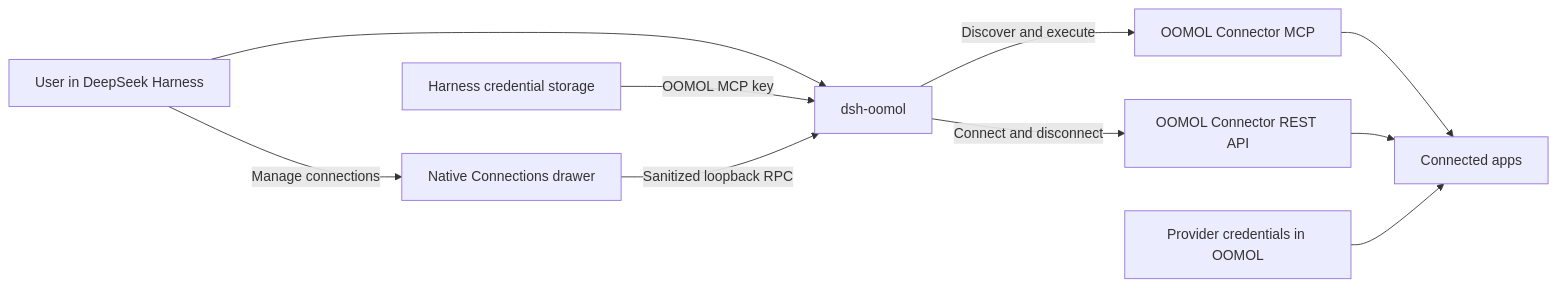
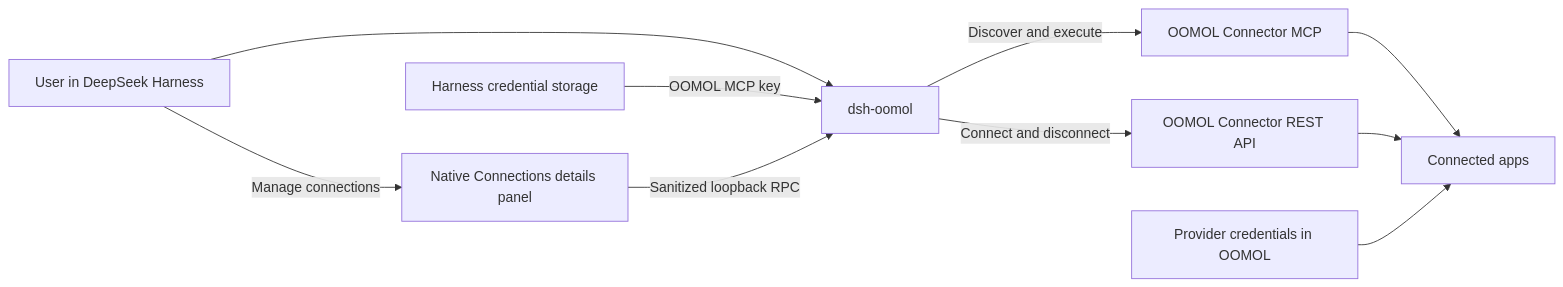
The diagram in README.md (oomol-lab/dsh-oomol), drawn with Mermaid before and after one commit. The commit also changed other lines of this file and 6 other files, not shown here.

Commit message:
refactor: use Harness details panel for connections

````diff
--- a/README.md
+++ b/README.md
@@ -144,12 +144,12 @@
 ```mermaid
 flowchart LR
     U["User in DeepSeek Harness"] --> P["dsh-oomol"]
     K["Harness credential storage"] -->|"OOMOL MCP key"| P
-    U -->|"Manage connections"| D["Native Connections drawer"]
+    U -->|"Manage connections"| D["Native Connections details panel"]
     D -->|"Sanitized loopback RPC"| P
     P -->|"Discover and execute"| M["OOMOL Connector MCP"]
     P -->|"Connect and disconnect"| R["OOMOL Connector REST API"]
     M --> A["Connected apps"]
     R --> A
     C["Provider credentials in OOMOL"] --> A
 ```
````
